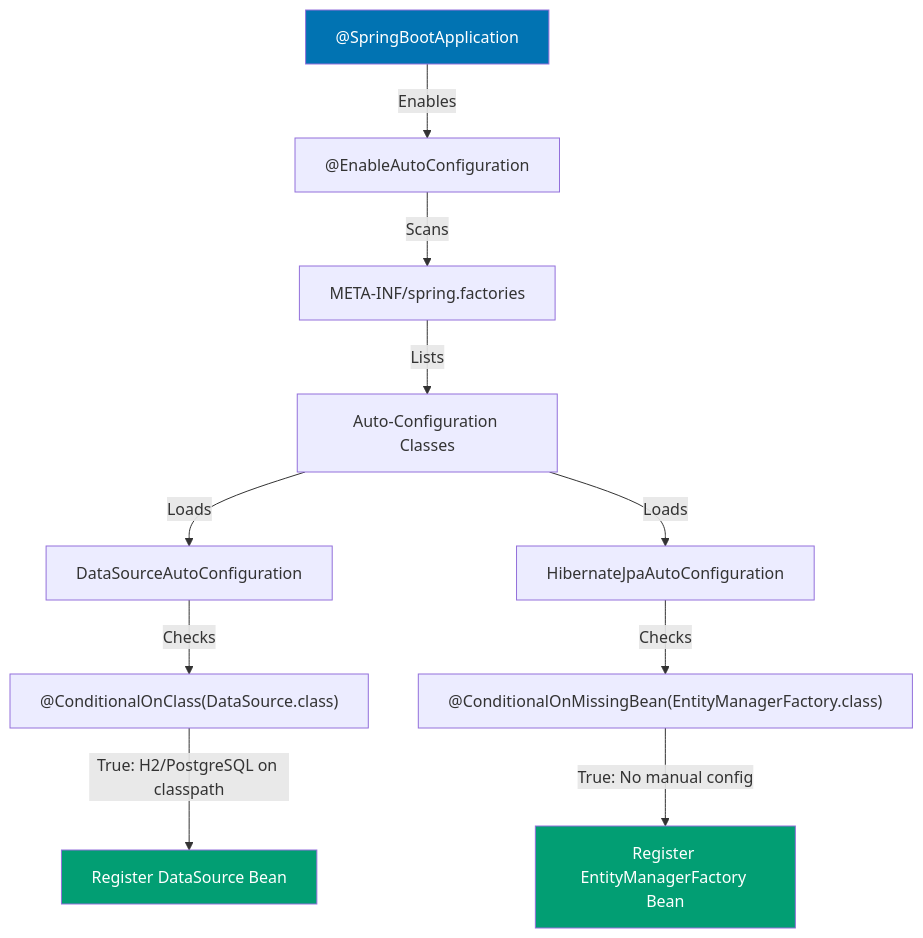
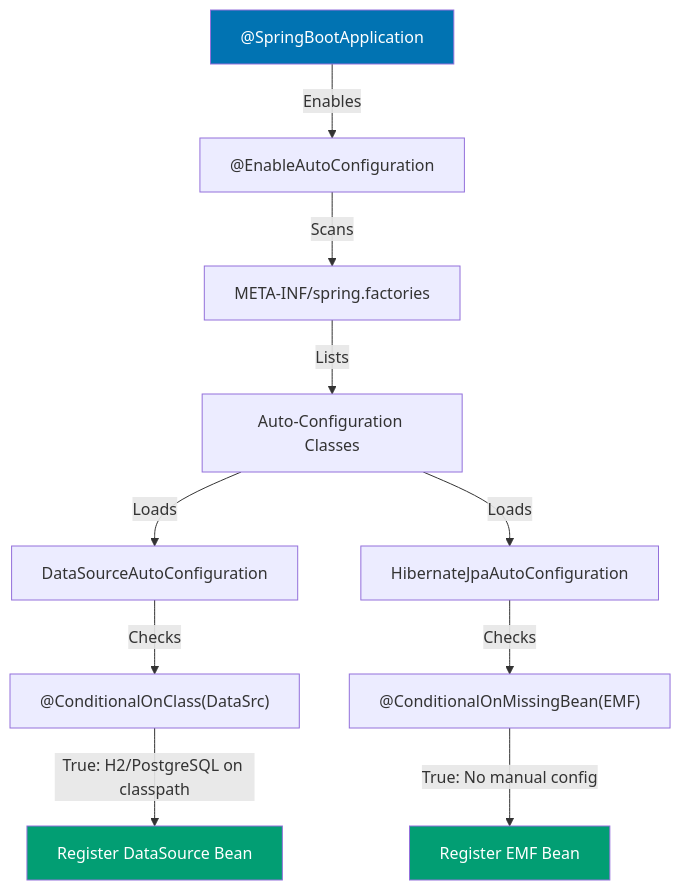
One commit to wahidyankf/baseerah changed the diagram in apps/ayokoding-www/content/en/learn/software-engineering/platforms/web/tools/jvm-spring-boot/in-the-field/auto-configuration.md. Above: the diagram before and after it, drawn with Mermaid. The commit also changed 88 other files, not shown here.

First line of the commit message:
fix(ayokoding-www): resolve pre-existing Mermaid violations, exclude fixtures/plans-done

````diff
--- a/apps/ayokoding-www/content/en/learn/software-engineering/platforms/web/tools/jvm-spring-boot/in-the-field/auto-configuration.md
+++ b/apps/ayokoding-www/content/en/learn/software-engineering/platforms/web/tools/jvm-spring-boot/in-the-field/auto-configuration.md
@@ -174,16 +174,16 @@
 ```mermaid
 graph TD
     A["@SpringBootApplication"] -->|"Enables"| B["@EnableAutoConfiguration"]
     B -->|"Scans"| C["META-INF/spring.factories"]
     C -->|"Lists"| D["Auto-Configuration Classes"]
     D -->|"Loads"| E["DataSourceAutoConfiguration"]
     D -->|"Loads"| F["HibernateJpaAutoConfiguration"]
-    E -->|"Checks"| G["@ConditionalOnClass(DataSource.class)"]
+    E -->|"Checks"| G["@ConditionalOnClass(DataSrc)"]
     G -->|"True: H2/PostgreSQL on classpath"| H["Register DataSource Bean"]
-    F -->|"Checks"| I["@ConditionalOnMissingBean(EntityManagerFactory.class)"]
-    I -->|"True: No manual config"| J["Register EntityManagerFactory Bean"]
+    F -->|"Checks"| I["@ConditionalOnMissingBean(EMF)"]
+    I -->|"True: No manual config"| J["Register EMF Bean"]
 
     style A fill:#0173B2,color:#fff
     style H fill:#029E73,color:#fff
     style J fill:#029E73,color:#fff
 ```
````
